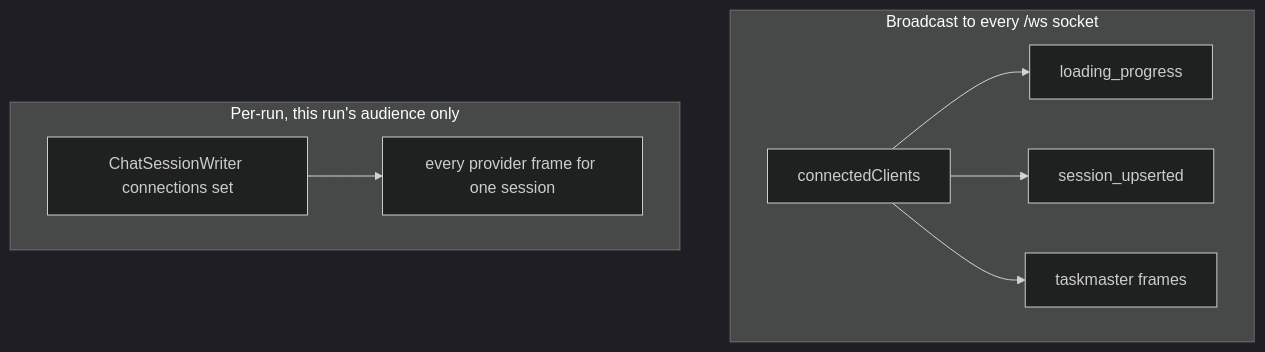
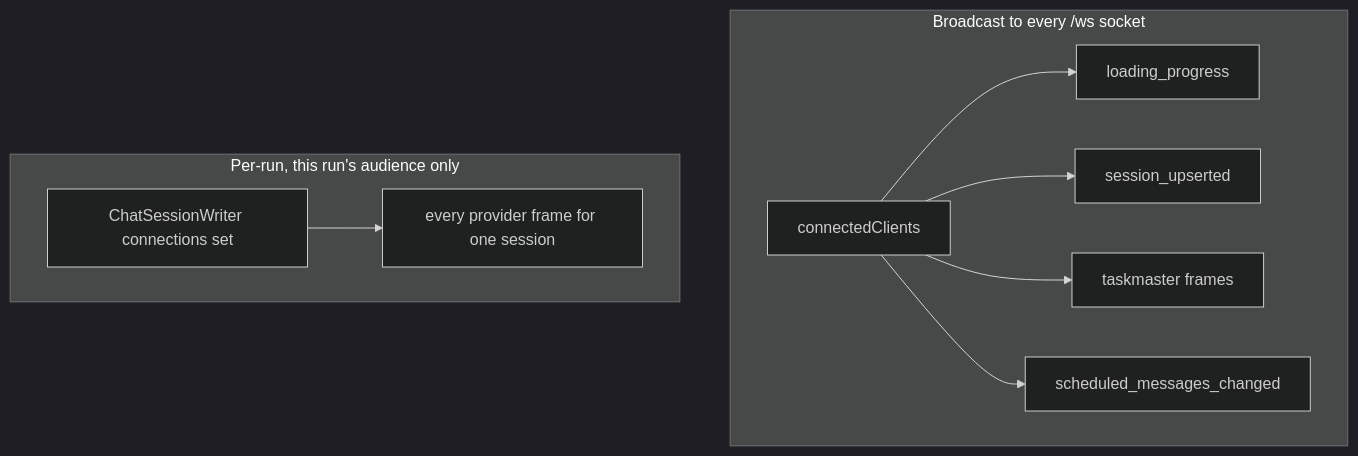
One commit to selierlin/cloudcli changed the fifth of 5 diagrams in docs/architecture/01-websocket-transport.md. Above: the diagram before and after it, drawn with Mermaid (dark theme). The commit also changed other lines of this file and 15 other files, not shown here.

First line of the commit message:
fix(scheduled-messages): take a sent message's banner down without a reload (#1613)

````diff
--- a/docs/architecture/01-websocket-transport.md
+++ b/docs/architecture/01-websocket-transport.md
@@ -517,13 +522,14 @@
 ```mermaid
 flowchart TD
   subgraph Broadcast["Broadcast to every /ws socket"]
     SET["connectedClients"]
     SET --> E1["loading_progress"]
     SET --> E2["session_upserted"]
     SET --> E3["taskmaster frames"]
+    SET --> E5["scheduled_messages_changed"]
   end
   subgraph PerRun["Per-run, this run's audience only"]
     W["ChatSessionWriter connections set"]
     W --> E4["every provider frame for one session"]
   end
 ```
````
